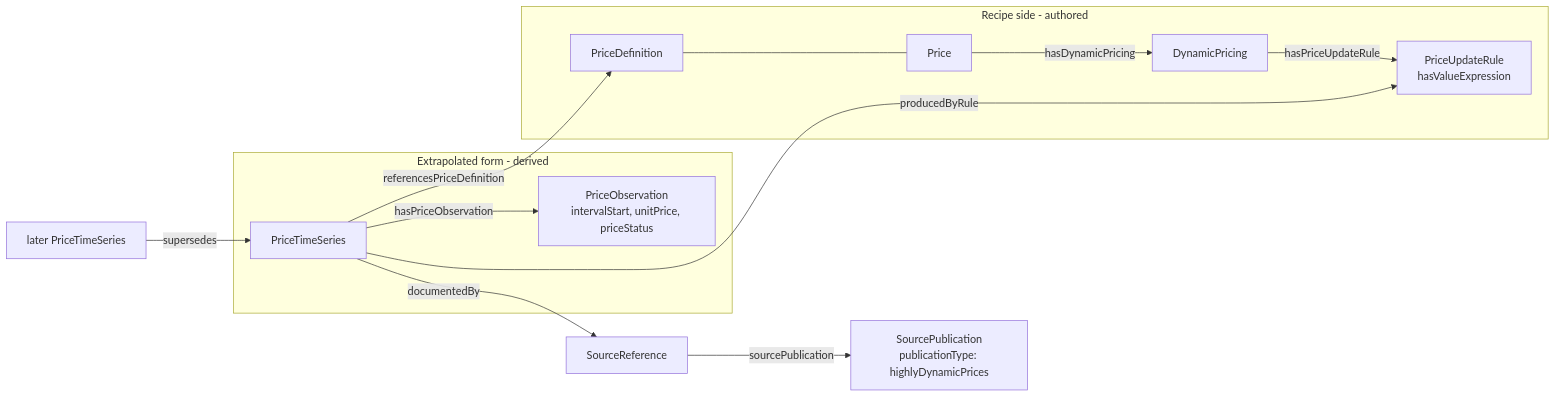
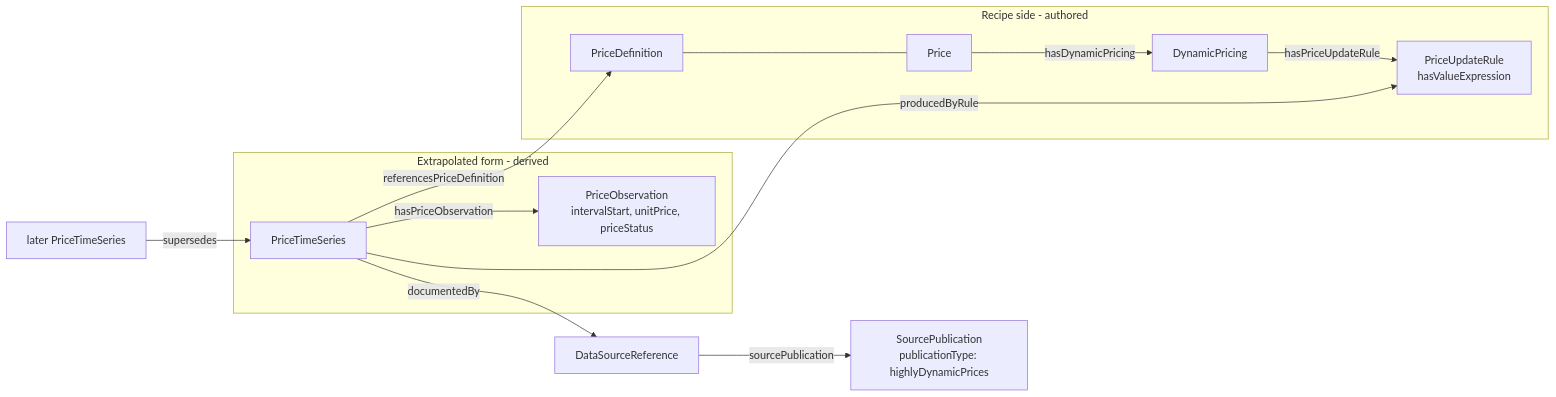
One commit to urpx-org/urpx changed the diagram in dev-docs/specs/spec.urpx.ont.042.highly-dynamic-price-series.md. Above: the diagram before and after it, drawn with Mermaid. The commit also changed other lines of this file and 39 other files, not shown here.

````diff
--- a/dev-docs/specs/spec.urpx.ont.042.highly-dynamic-price-series.md
+++ b/dev-docs/specs/spec.urpx.ont.042.highly-dynamic-price-series.md
@@ -58,15 +60,15 @@
 ```mermaid
 flowchart LR
     subgraph recipe [Recipe side - authored]
         PD[PriceDefinition] --- P[Price]
         P -- hasDynamicPricing --> DP[DynamicPricing]
         DP -- hasPriceUpdateRule --> PUR[PriceUpdateRule<br/>hasValueExpression]
     end
     subgraph stream [Extrapolated form - derived]
         TS[PriceTimeSeries] -- hasPriceObservation --> OB[PriceObservation<br/>intervalStart, unitPrice, priceStatus]
     end
     TS -- referencesPriceDefinition --> PD
     TS -- producedByRule --> PUR
-    TS -- documentedBy --> SR[SourceReference] -- sourcePublication --> SP[SourcePublication<br/>publicationType: highlyDynamicPrices]
+    TS -- documentedBy --> SR[DataSourceReference] -- sourcePublication --> SP[SourcePublication<br/>publicationType: highlyDynamicPrices]
     TS2[later PriceTimeSeries] -- supersedes --> TS
 ```
````
